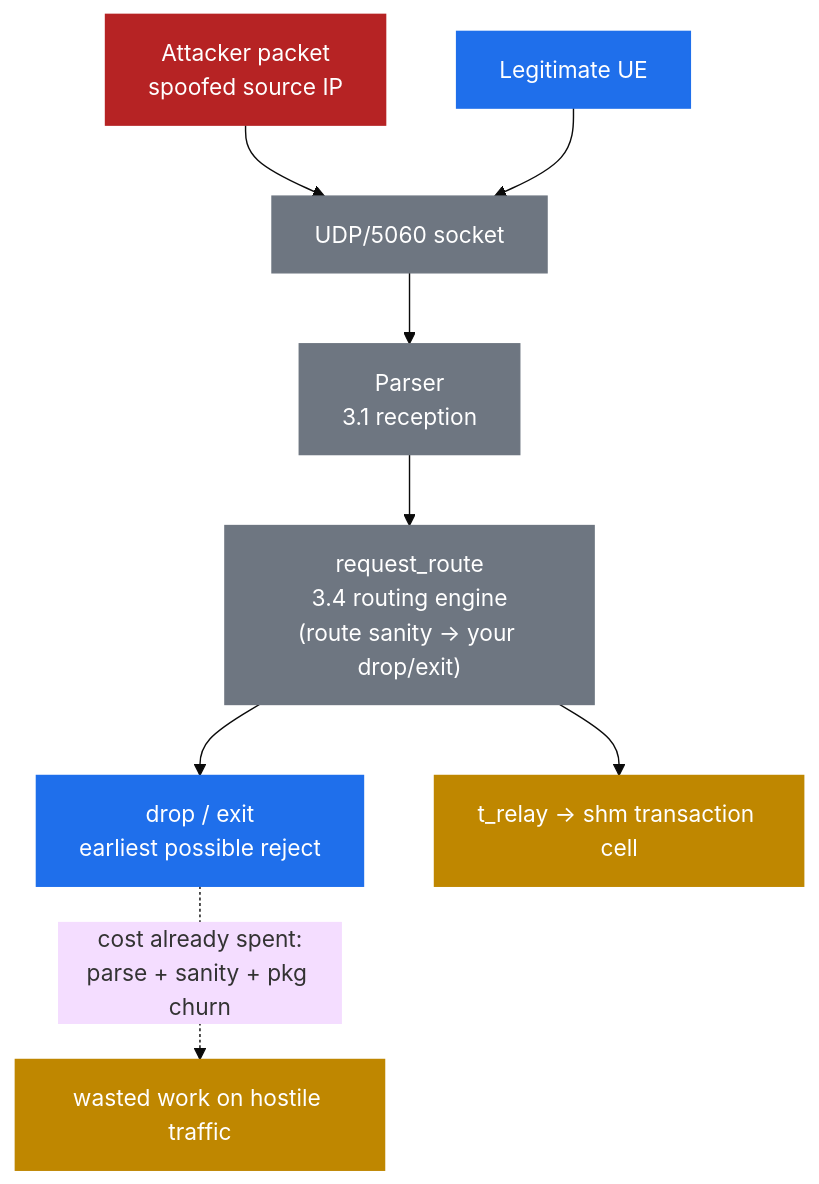
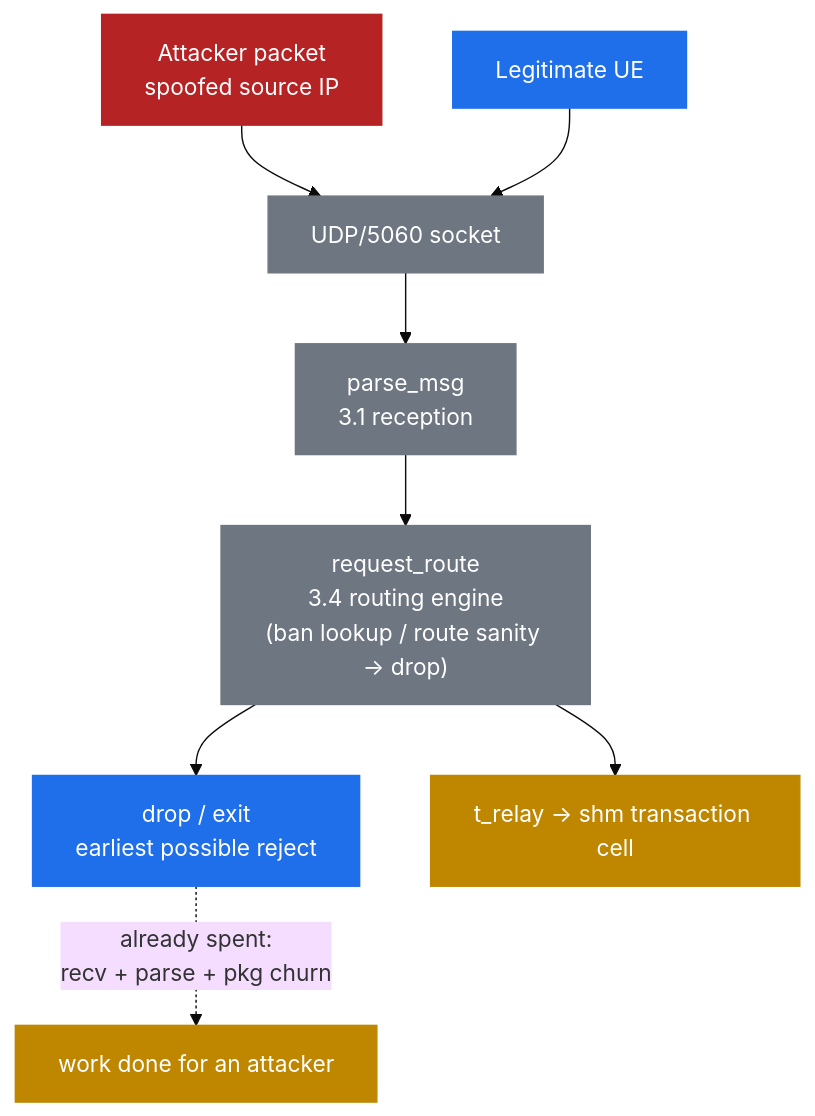
Before and after one commit to denyspozniak/kamailio-handbook: the diagram in docs/en/36-security-surface.md, drawn with Mermaid (base theme). The commit also changed other lines of this file and 7 other files, not shown here.

````diff
--- a/docs/en/36-security-surface.md
+++ b/docs/en/36-security-surface.md
@@ -44,21 +31,21 @@
 ```mermaid
 flowchart TB
     A[Attacker packet<br/>spoofed source IP] --> SOCK
     G[Legitimate UE] --> SOCK[UDP/5060 socket]
-    SOCK --> P[Parser<br/>3.1 reception]
-    P --> RR["request_route<br/>3.4 routing engine<br/>(route sanity → your drop/exit)"]
+    SOCK --> P[parse_msg<br/>3.1 reception]
+    P --> RR["request_route<br/>3.4 routing engine<br/>(ban lookup / route sanity → drop)"]
     RR --> REJECT[drop / exit<br/>earliest possible reject]
     RR --> WORK[t_relay → shm transaction cell]
 
-    REJECT -.->|cost already spent:<br/>parse + sanity + pkg churn| WASTE[wasted work on hostile traffic]
+    REJECT -.->|already spent:<br/>recv + parse + pkg churn| WASTE[work done for an attacker]
 
     classDef bad fill:#b62324,stroke:#b62324,color:#fff
     classDef good fill:#1f6feb,stroke:#1f6feb,color:#fff
     classDef pipe fill:#6e7681,stroke:#6e7681,color:#fff
     classDef warn fill:#bf8700,stroke:#bf8700,color:#fff
     class A bad
     class G good
     class SOCK,P,RR pipe
     class REJECT good
     class WASTE,WORK warn
 ```
````
